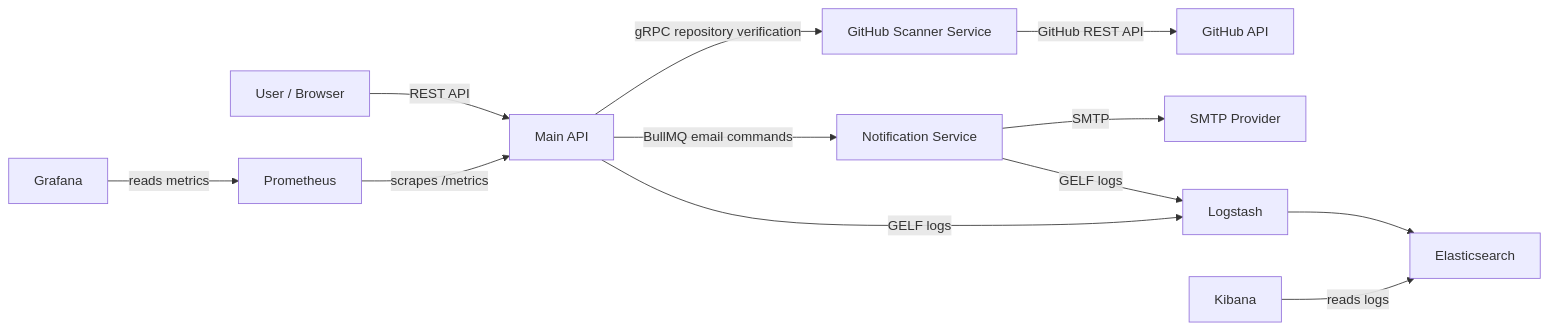
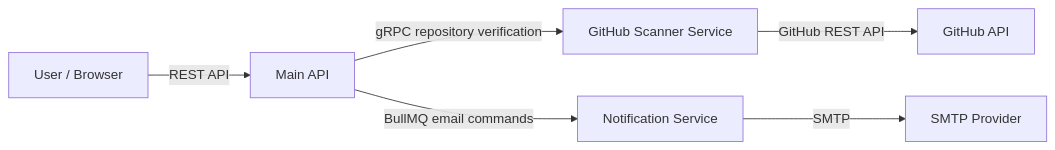
Before and after one commit to GenesisEducationKyiv/software-engineering-school-6-0-IvanGodPro24: the first of 7 diagrams in docs/architecture.md, drawn with Mermaid. The commit also changed other lines of this file and 1 other file, not shown here.

````diff
--- a/docs/architecture.md
+++ b/docs/architecture.md
@@ -21,26 +25,15 @@
 ```mermaid
 flowchart LR
     User[User / Browser]
     MainApi[Main API]
     NotificationService[Notification Service]
     ScannerService[GitHub Scanner Service]
     GitHub[GitHub API]
     Smtp[SMTP Provider]
-    Prometheus[Prometheus]
-    Grafana[Grafana]
-    Logstash[Logstash]
-    Elasticsearch[Elasticsearch]
-    Kibana[Kibana]
 
     User -->|REST API| MainApi
     MainApi -->|gRPC repository verification| ScannerService
     MainApi -->|BullMQ email commands| NotificationService
     ScannerService -->|GitHub REST API| GitHub
     NotificationService -->|SMTP| Smtp
-    Prometheus -->|scrapes /metrics| MainApi
-    Grafana -->|reads metrics| Prometheus
-    MainApi -->|GELF logs| Logstash
-    NotificationService -->|GELF logs| Logstash
-    Logstash --> Elasticsearch
-    Kibana -->|reads logs| Elasticsearch
 ```
````
